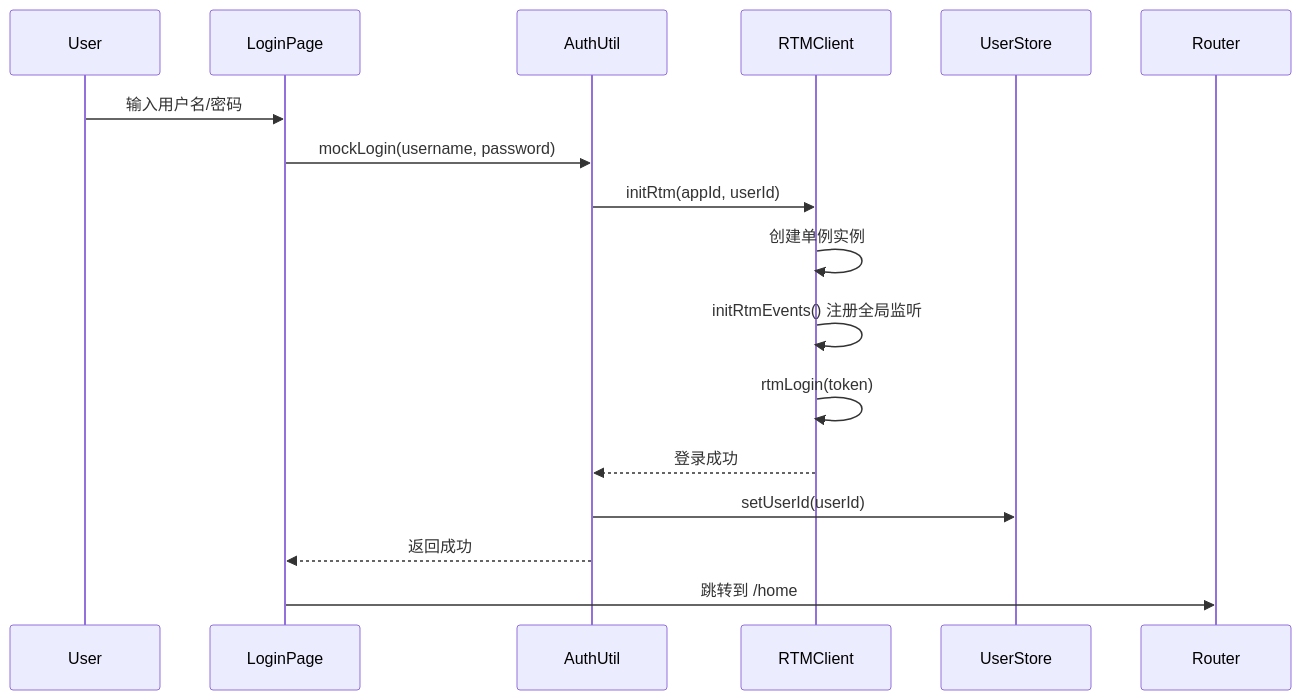
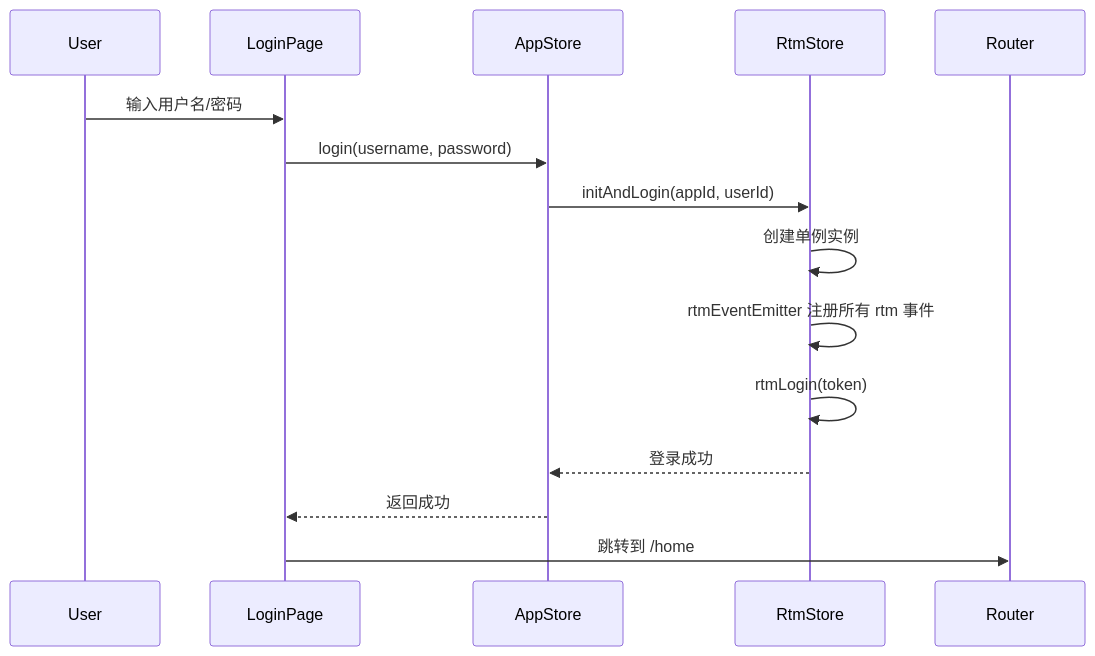
Before and after one commit to zhouxueqin0/WebRTM-Demos: the first of 5 diagrams in docs/RTM_INTEGRATION.md, drawn with Mermaid. The commit also changed other lines of this file and 35 other files, not shown here.

````diff
--- a/docs/RTM_INTEGRATION.md
+++ b/docs/RTM_INTEGRATION.md
@@ -129,20 +172,18 @@
 ```mermaid
 sequenceDiagram
     participant User
     participant LoginPage
-    participant AuthUtil
-    participant RTMClient
-    participant UserStore
+    participant AppStore
+    participant RtmStore
     participant Router
 
     User->>LoginPage: 输入用户名/密码
-    LoginPage->>AuthUtil: mockLogin(username, password)
-    AuthUtil->>RTMClient: initRtm(appId, userId)
-    RTMClient->>RTMClient: 创建单例实例
-    RTMClient->>RTMClient: initRtmEvents() 注册全局监听
-    RTMClient->>RTMClient: rtmLogin(token)
-    RTMClient-->>AuthUtil: 登录成功
-    AuthUtil->>UserStore: setUserId(userId)
-    AuthUtil-->>LoginPage: 返回成功
+    LoginPage->>AppStore: login(username, password)
+    AppStore->>RtmStore: initAndLogin(appId, userId)
+    RtmStore->>RtmStore: 创建单例实例
+    RtmStore->>RtmStore: rtmEventEmitter 注册所有 rtm 事件
+    RtmStore->>RtmStore: rtmLogin(token)
+    RtmStore-->>AppStore: 登录成功
+    AppStore-->>LoginPage: 返回成功
     LoginPage->>Router: 跳转到 /home
 ```
````
